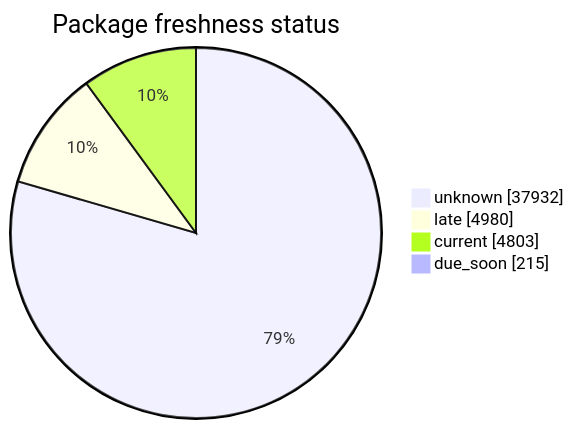
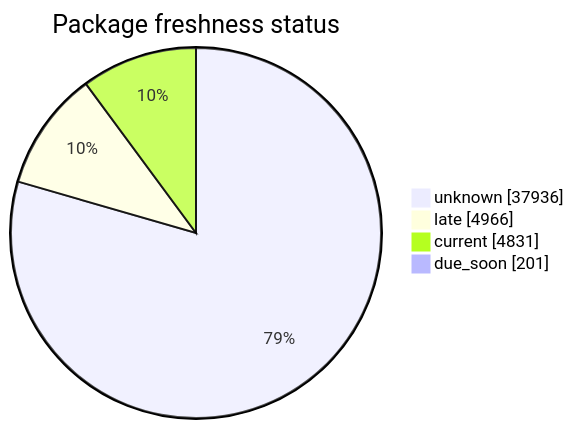
The second of 5 diagrams in FreshCheck/README.md (open-data/analytics-corporate-reporting), drawn with Mermaid before and after one commit. The commit also changed other lines of this file and 3 other files, not shown here.

````diff
--- a/FreshCheck/README.md
+++ b/FreshCheck/README.md
@@ -68,7 +68,7 @@
 ```mermaid
 pie showData title Package freshness status
-    "unknown": 37932
-    "late": 4980
-    "current": 4803
-    "due_soon": 215
+    "unknown": 37936
+    "late": 4966
+    "current": 4831
+    "due_soon": 201
 ```
````
